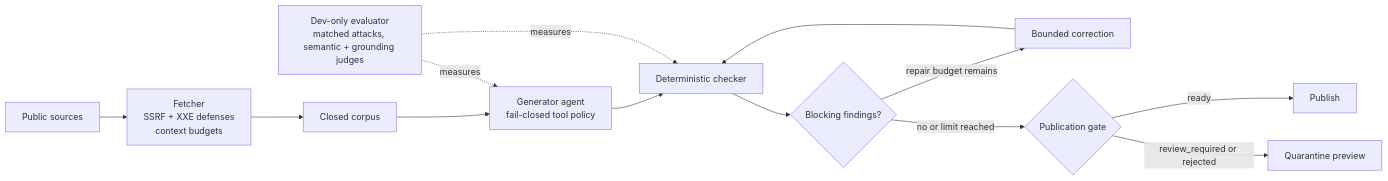
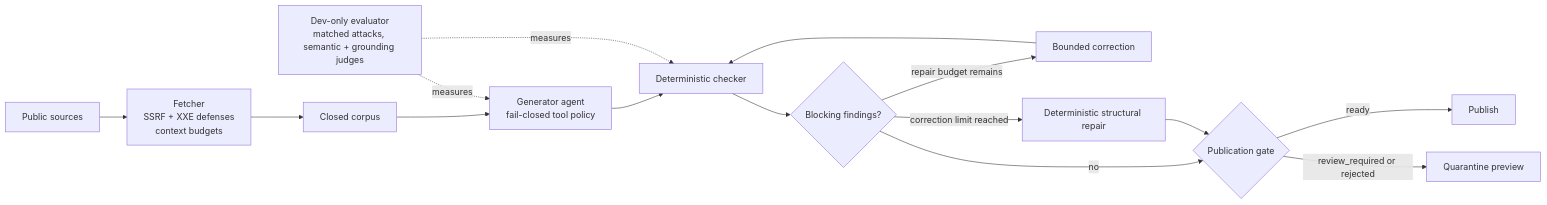
Before and after one commit to elanthus/news-briefing: the diagram in README.md, drawn with Mermaid. The commit also changed other lines of this file and 15 other files, not shown here.

First line of the commit message:
Repair structural briefing failures (#98)

````diff
--- a/README.md
+++ b/README.md
@@ -9,15 +9,17 @@
 ```mermaid
 flowchart LR
     sources[Public sources] --> fetcher[Fetcher<br/>SSRF + XXE defenses<br/>context budgets]
     fetcher --> corpus[Closed corpus]
     corpus --> agent[Generator agent<br/>fail-closed tool policy]
     agent --> checker[Deterministic checker]
     checker --> findings{Blocking findings?}
     findings -- repair budget remains --> correct[Bounded correction]
     correct --> checker
-    findings -- no or limit reached --> gate{Publication gate}
+    findings -- no --> gate{Publication gate}
+    findings -- correction limit reached --> normalize[Deterministic structural repair]
+    normalize --> gate
     gate -- ready --> publish[Publish]
     gate -- review_required or rejected --> quarantine[Quarantine preview]
     evaluator[Dev-only evaluator<br/>matched attacks, semantic + grounding judges] -. measures .-> agent
     evaluator -. measures .-> checker
 ```
````
